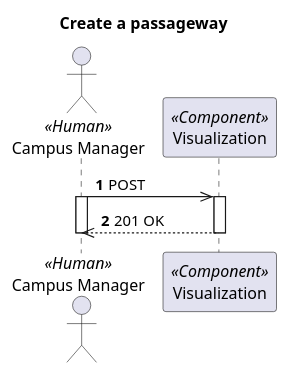
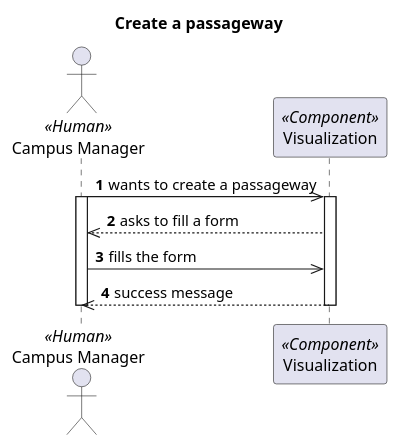
One commit to 1210910/lapr5 changed the diagram in docs/VistaProcesso/US240(1170)/Visualization/ProcessView_Level2_US1170.puml. Above: the diagram before and after it, drawn with PlantUML. The commit also changed 13 other files, not shown here.

Commit message:
Diagrams fix (last commit bug)

```diff
--- a/docs/VistaProcesso/US240(1170)/Visualization/ProcessView_Level2_US1170.puml
+++ b/docs/VistaProcesso/US240(1170)/Visualization/ProcessView_Level2_US1170.puml
@@ -1,21 +1,23 @@
 @startuml Process View - Level 2 - Create a passageway
 'https://plantuml.com/sequence-diagram
 
 autonumber
 
 skinparam packageStyle rect
 
 title Create a passageway
 
 actor "Campus Manager" as CM <<Human>>
 participant "Visualization" as V <<Component>>
 
-CM->> V : POST
+CM->> V : wants to create a passageway
 
 activate CM
 activate V
-CM<<--- V : 201 OK
+CM<<-- V : asks to fill a form
+CM->> V : fills the form
+CM<<--- V : success message
 deactivate V
 deactivate CM
 
 @enduml
```
